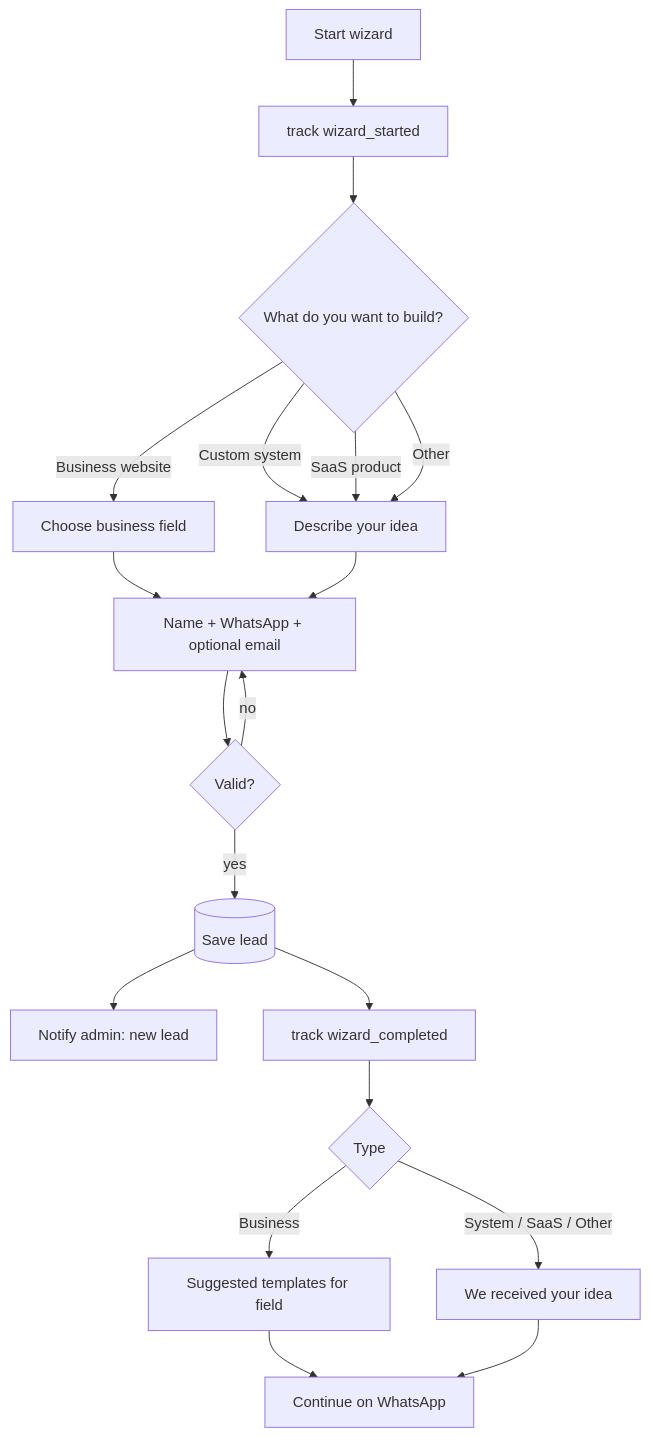
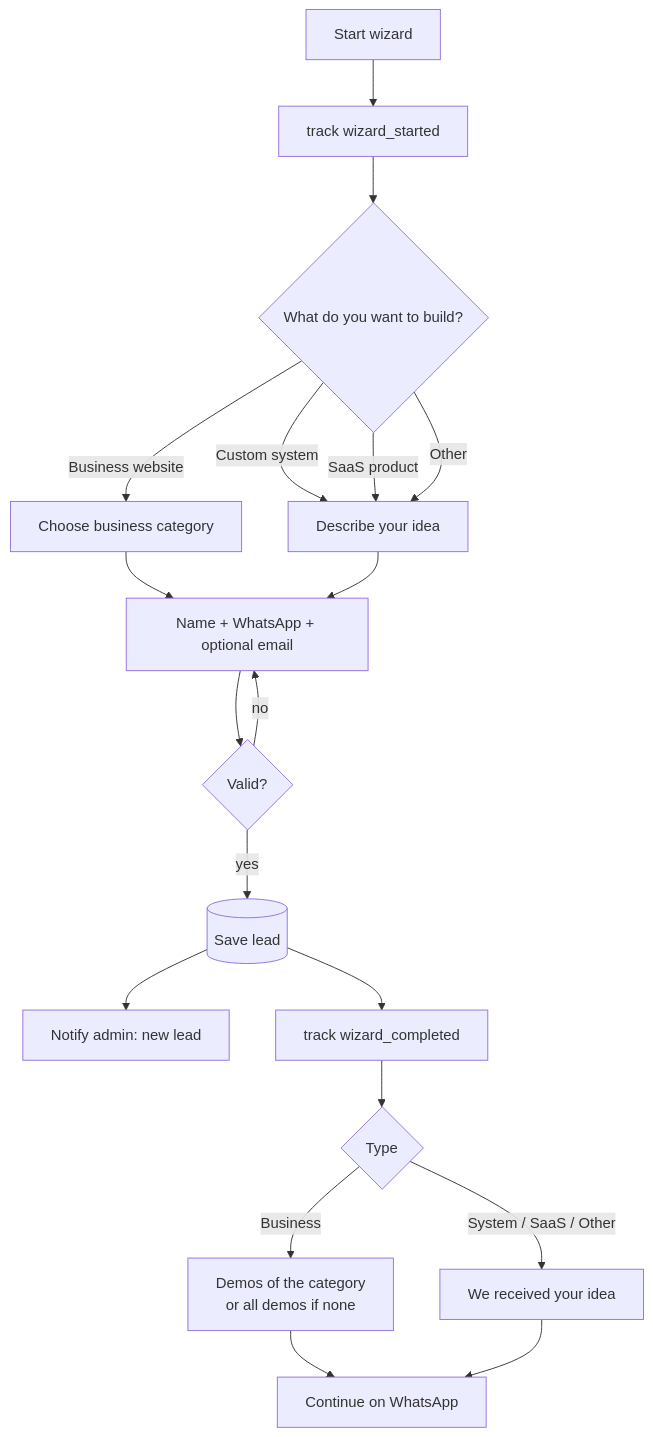
Before and after one commit to AhmedElnagarUU/Demmoss: the first of 2 diagrams in docs/features/wizard.md, drawn with Mermaid. The commit also changed other lines of this file and 13 other files, not shown here.

````diff
--- a/docs/features/wizard.md
+++ b/docs/features/wizard.md
@@ -41,21 +42,21 @@
 ```mermaid
 flowchart TD
   A[Start wizard] --> TR1[track wizard_started]
   TR1 --> B{What do you want to build?}
-  B -->|Business website| C[Choose business field]
+  B -->|Business website| C[Choose business category]
   B -->|Custom system| D[Describe your idea]
   B -->|SaaS product| D
   B -->|Other| D
   C --> E[Name + WhatsApp + optional email]
   D --> E
   E --> V{Valid?}
   V -->|no| E
   V -->|yes| S[(Save lead)]
   S --> N[Notify admin: new lead]
   S --> TR2[track wizard_completed]
   TR2 --> R{Type}
-  R -->|Business| SUG[Suggested templates for field]
+  R -->|Business| SUG[Demos of the category<br/>or all demos if none]
   R -->|System / SaaS / Other| ACK[We received your idea]
   SUG --> WA[Continue on WhatsApp]
   ACK --> WA
 ```
````
